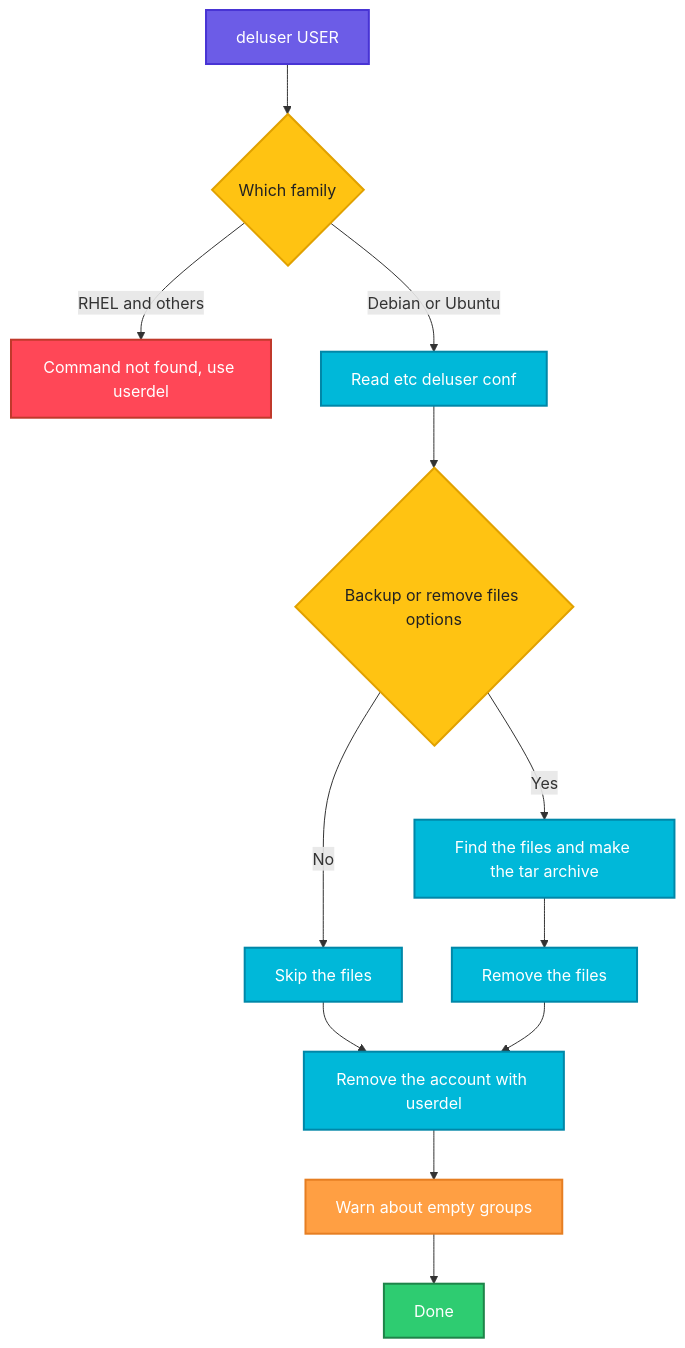
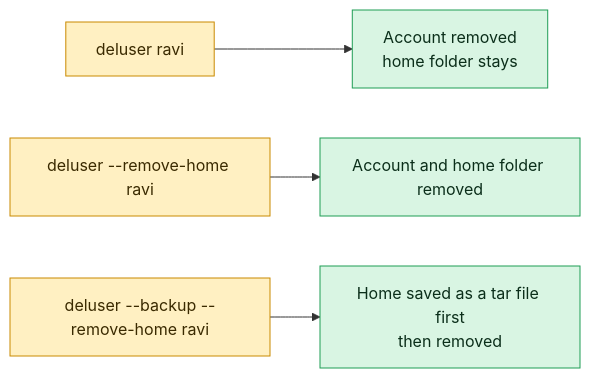
The diagram in linux/user-management/deluser.md (codeKerdosTech/DevOps-Documentation), drawn with Mermaid before and after one commit. The commit also changed other lines of this file and 165 other files, not shown here.

Commit message:
updated diagrams in linux

````diff
--- a/linux/user-management/deluser.md
+++ b/linux/user-management/deluser.md
@@ -40,27 +40,13 @@
 ```mermaid
-flowchart TD
-    A[deluser USER] --> B{Which family}
-    B -->|RHEL and others| C[Command not found, use userdel]
-    B -->|Debian or Ubuntu| D[Read etc deluser conf]
-    D --> E{Backup or remove files options}
-    E -->|Yes| F[Find the files and make the tar archive]
-    E -->|No| G[Skip the files]
-    F --> H[Remove the files]
-    G --> I[Remove the account with userdel]
-    H --> I
-    I --> J[Warn about empty groups]
-    J --> K[Done]
-    classDef start fill:#6C5CE7,stroke:#4834D4,stroke-width:2px,color:#fff
-    classDef proc fill:#00B8D9,stroke:#0087A8,stroke-width:2px,color:#fff
-    classDef dec fill:#FFC312,stroke:#E1A100,stroke-width:2px,color:#222
-    classDef ok fill:#2ECC71,stroke:#1E8449,stroke-width:2px,color:#fff
-    classDef err fill:#FF4757,stroke:#C0392B,stroke-width:2px,color:#fff
-    classDef out fill:#FD79A8,stroke:#E84393,stroke-width:2px,color:#fff
-    classDef alt fill:#FF9F43,stroke:#E67E22,stroke-width:2px,color:#fff
-    class A start
-    class B,E dec
-    class C err
-    class D,F,G,H,I proc
-    class J alt
-    class K ok
+flowchart LR
+    c1[deluser ravi] --> o1[Account removed<br/>home folder stays]
+    c2[deluser --remove-home ravi] --> o2[Account and home folder removed]
+    c3[deluser --backup --remove-home ravi] --> o3[Home saved as a tar file first<br/>then removed]
+    classDef inp fill:#DCEBFF,stroke:#2F6FDE,color:#10213F
+    classDef cmd fill:#FFF0C2,stroke:#C98A00,color:#3A2A00
+    classDef out fill:#D9F5E3,stroke:#1F9D55,color:#0B2E1A
+    classDef bad fill:#FDE0E0,stroke:#D13B3B,color:#4A0F0F
+    classDef note fill:#ECEFF3,stroke:#7B8794,color:#1F2933
+    class c1,c2,c3 cmd
+    class o1,o2,o3 out
 ```
````
